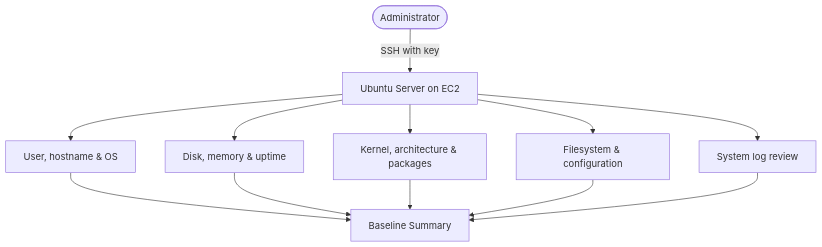
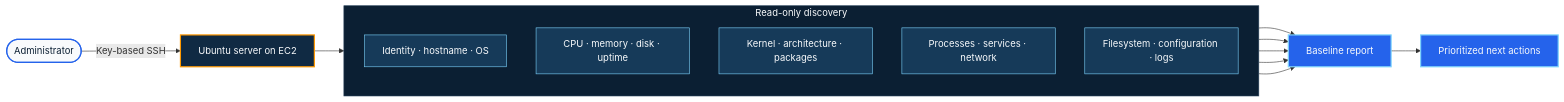
One commit to Agu-nwa/Agu-nwa changed the third of 3 diagrams in README.md. Above: the diagram before and after it, drawn with Mermaid. The commit also changed other lines of this file, not shown here.

Commit message:
Improve portfolio project diagrams

````diff
--- a/README.md
+++ b/README.md
@@ -91,14 +149,28 @@
 ```mermaid
-flowchart TB
-    Admin([Administrator]) -->|SSH with key| EC2[Ubuntu Server on EC2]
-    EC2 --> Identity[User, hostname & OS]
-    EC2 --> Resources[Disk, memory & uptime]
-    EC2 --> System[Kernel, architecture & packages]
-    EC2 --> Files[Filesystem & configuration]
-    EC2 --> Logs[System log review]
-    Identity --> Report[Baseline Summary]
-    Resources --> Report
-    System --> Report
-    Files --> Report
-    Logs --> Report
+flowchart LR
+    Admin([Administrator]) -->|Key-based SSH| Server[Ubuntu server on EC2]
+
+    Server --> Discover
+
+    subgraph Discover["Read-only discovery"]
+        direction TB
+        Identity[Identity · hostname · OS]
+        Capacity[CPU · memory · disk · uptime]
+        Software[Kernel · architecture · packages]
+        Runtime[Processes · services · network]
+        Evidence[Filesystem · configuration · logs]
+    end
+
+    Identity & Capacity & Software & Runtime & Evidence --> Baseline[Baseline report]
+    Baseline --> Next[Prioritized next actions]
+
+    classDef external fill:#f8fafc,stroke:#2563eb,color:#0b1f33,stroke-width:2px;
+    classDef system fill:#102a43,stroke:#ff9900,color:#f8fafc,stroke-width:2px;
+    classDef inspect fill:#163a59,stroke:#7dd3fc,color:#f8fafc;
+    classDef output fill:#2563eb,stroke:#7dd3fc,color:#f8fafc,stroke-width:2px;
+    class Admin external;
+    class Server system;
+    class Identity,Capacity,Software,Runtime,Evidence inspect;
+    class Baseline,Next output;
+    style Discover fill:#0b1f33,stroke:#29445d,color:#f8fafc
 ```
````
